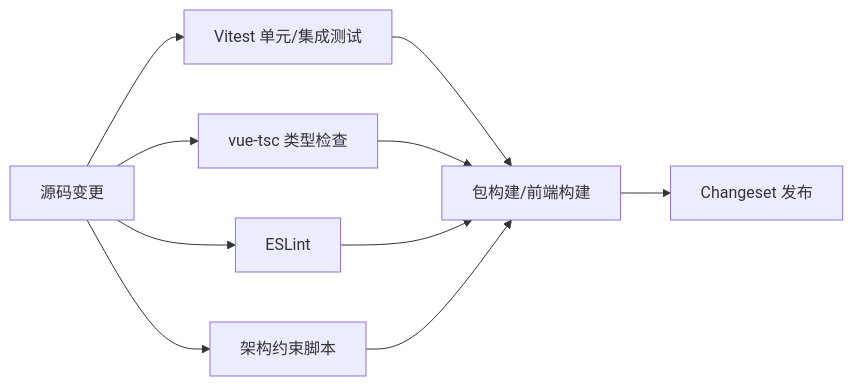
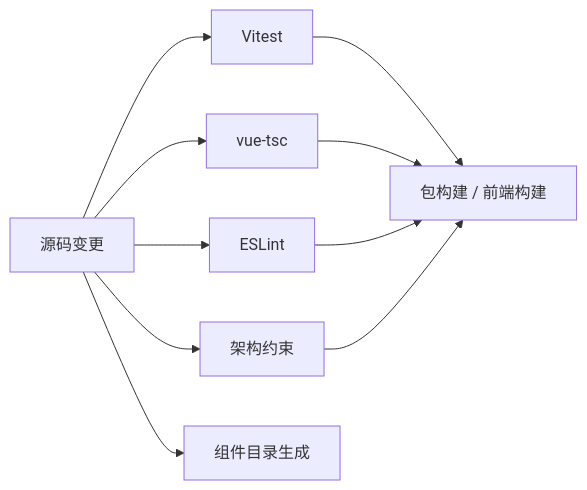
Diagram 15 of 16 in docs/SPARK_VIEW_PROJECT_DEEP_DIVE_ZH.md (LMSpark/spark-view-vue), drawn with Mermaid before and after one commit. The commit also changed other lines of this file and 120 other files, not shown here.

````diff
--- a/docs/SPARK_VIEW_PROJECT_DEEP_DIVE_ZH.md
+++ b/docs/SPARK_VIEW_PROJECT_DEEP_DIVE_ZH.md
@@ -614,20 +685,20 @@
 ```mermaid
 flowchart LR
-  Code["源码变更"]
-  Unit["Vitest 单元/集成测试"]
-  Type["vue-tsc 类型检查"]
+  Change["源码变更"]
+  Unit["Vitest"]
+  Type["vue-tsc"]
   Lint["ESLint"]
-  Arch["架构约束脚本"]
-  Build["包构建/前端构建"]
-  Release["Changeset 发布"]
+  Arch["架构约束"]
+  Build["包构建 / 前端构建"]
+  Catalog["组件目录生成"]
 
-  Code --> Unit
-  Code --> Type
-  Code --> Lint
-  Code --> Arch
+  Change --> Unit
+  Change --> Type
+  Change --> Lint
+  Change --> Arch
+  Change --> Catalog
   Unit --> Build
   Type --> Build
   Lint --> Build
   Arch --> Build
-  Build --> Release
 ```
````
